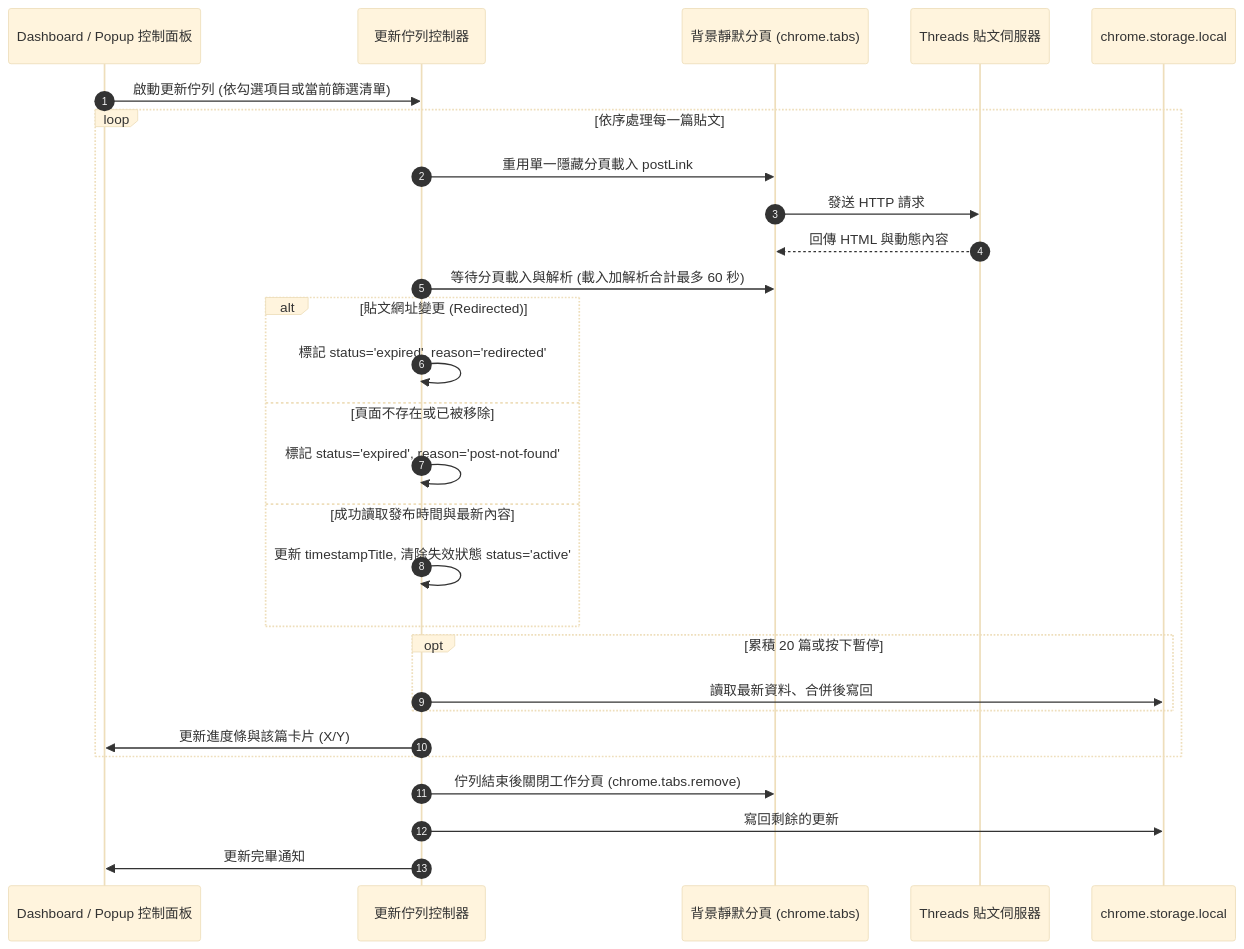
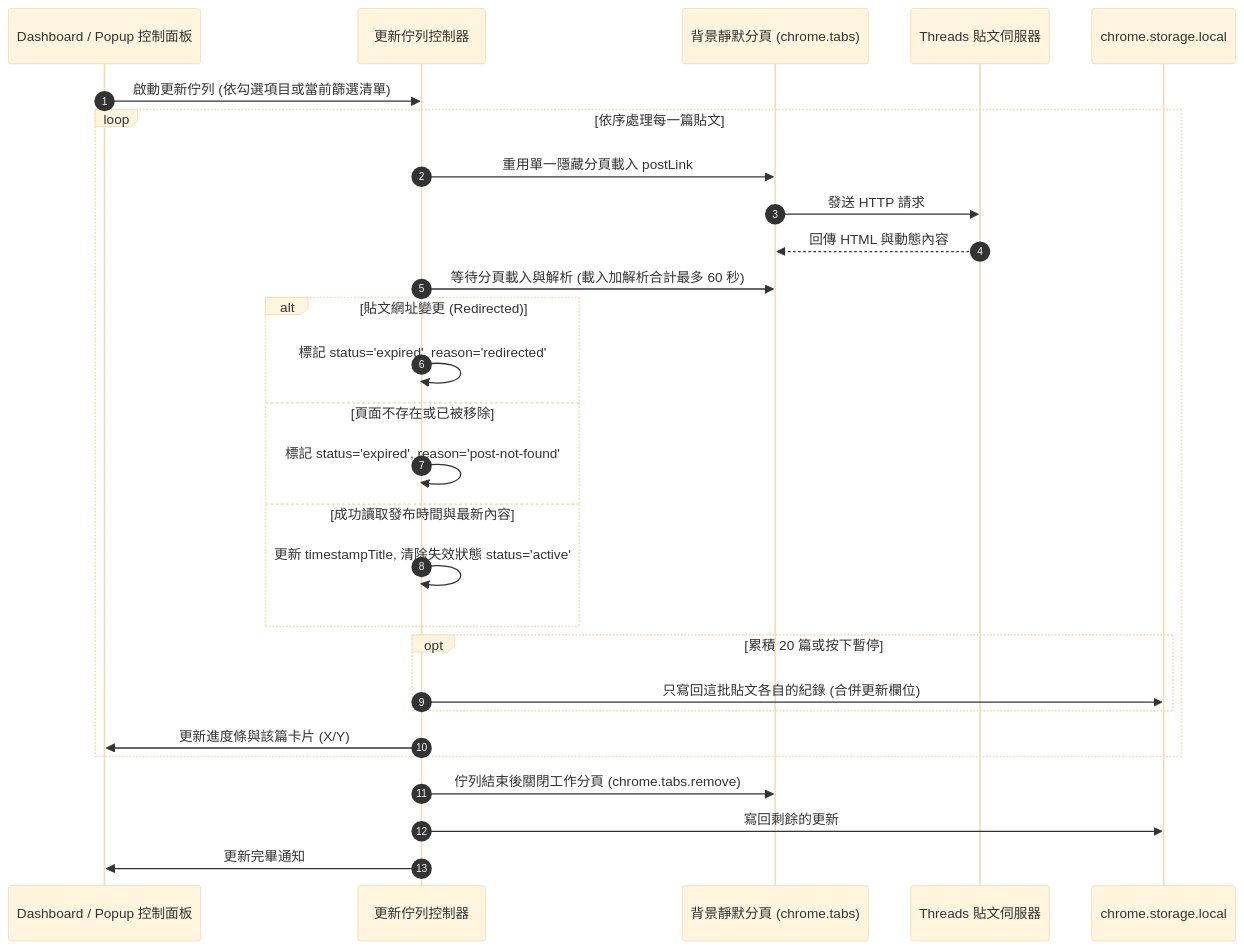
The second of 3 diagrams in README.md (Scorpio-meow/Threadkeep), drawn with Mermaid (base theme) before and after one commit. The commit also changed other lines of this file and 14 other files, not shown here.

````diff
--- a/README.md
+++ b/README.md
@@ -368,31 +370,31 @@
 ```mermaid
 sequenceDiagram
     autonumber
     participant UI as Dashboard / Popup 控制面板
     participant Queue as 更新佇列控制器
     participant Tab as 背景靜默分頁 (chrome.tabs)
     participant Page as Threads 貼文伺服器
     participant Storage as chrome.storage.local
 
     UI->>Queue: 啟動更新佇列 (依勾選項目或當前篩選清單)
     loop 依序處理每一篇貼文
         Queue->>Tab: 重用單一隱藏分頁載入 postLink
         Tab->>Page: 發送 HTTP 請求
         Page-->>Tab: 回傳 HTML 與動態內容
         Queue->>Tab: 等待分頁載入與解析 (載入加解析合計最多 60 秒)
         alt 貼文網址變更 (Redirected)
             Queue->>Queue: 標記 status='expired', reason='redirected'
         else 頁面不存在或已被移除
             Queue->>Queue: 標記 status='expired', reason='post-not-found'
         else 成功讀取發布時間與最新內容
             Queue->>Queue: 更新 timestampTitle, 清除失效狀態 status='active'
         end
         opt 累積 20 篇或按下暫停
-            Queue->>Storage: 讀取最新資料、合併後寫回
+            Queue->>Storage: 只寫回這批貼文各自的紀錄 (合併更新欄位)
         end
         Queue->>UI: 更新進度條與該篇卡片 (X/Y)
     end
     Queue->>Tab: 佇列結束後關閉工作分頁 (chrome.tabs.remove)
     Queue->>Storage: 寫回剩餘的更新
     Queue->>UI: 更新完畢通知
 ```
````
